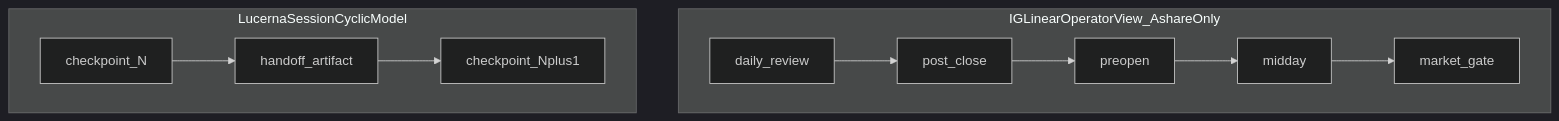
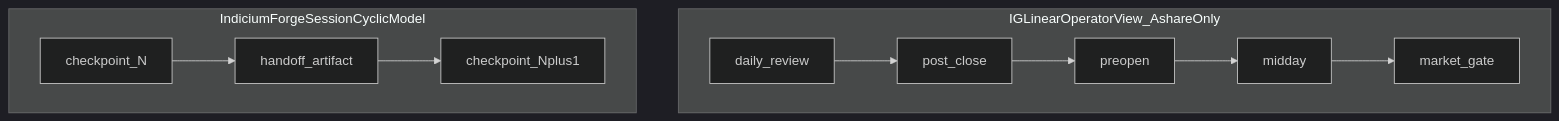
Before and after one commit to Cavaradossi/indiciumforge: the diagram in docs/WORKFLOW_SESSION_MODEL.md, drawn with Mermaid (dark theme). The commit also changed other lines of this file and 321 other files, not shown here.

First line of the commit message:
feat: rebrand Lucerna to IndiciumForge (v2.0.0)

````diff
--- a/docs/WORKFLOW_SESSION_MODEL.md
+++ b/docs/WORKFLOW_SESSION_MODEL.md
@@ -16,17 +16,17 @@
 ```mermaid
 flowchart TB
   subgraph linear [IGLinearOperatorView_AshareOnly]
     DR1[daily_review]
     PC1[post_close]
     PO1[preopen]
     MD1[midday]
     MG1[market_gate]
     DR1 --> PC1 --> PO1 --> MD1 --> MG1
   end
-  subgraph cyclic [LucernaSessionCyclicModel]
+  subgraph cyclic [IndiciumForgeSessionCyclicModel]
     CP1[checkpoint_N]
     CP2[checkpoint_Nplus1]
     HO[handoff_artifact]
     CP1 --> HO --> CP2
   end
 ```
````
